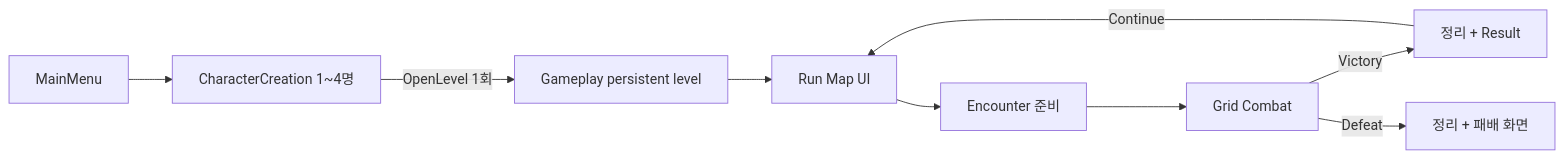
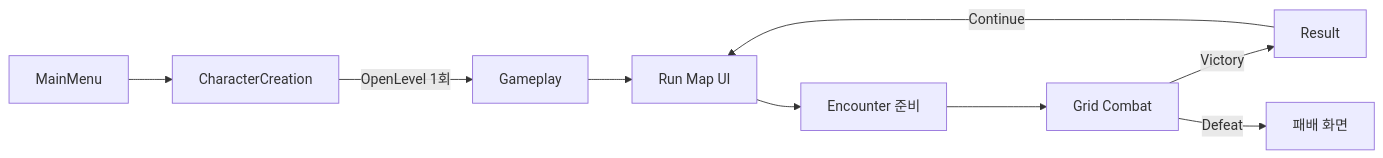
One commit to jaba001/ProjectA changed the diagram in Docs/PROJECT_PLAN.md. Above: the diagram before and after it, drawn with Mermaid. The commit also changed other lines of this file and 21 other files, not shown here.

````diff
--- a/Docs/PROJECT_PLAN.md
+++ b/Docs/PROJECT_PLAN.md
@@ -11,11 +27,11 @@
 ```mermaid
 flowchart LR
-    A[MainMenu] --> B[CharacterCreation 1~4명]
-    B -->|OpenLevel 1회| C[Gameplay persistent level]
+    A[MainMenu] --> B[CharacterCreation]
+    B -->|OpenLevel 1회| C[Gameplay]
     C --> D[Run Map UI]
     D --> E[Encounter 준비]
     E --> F[Grid Combat]
-    F -->|Victory| G[정리 + Result]
+    F -->|Victory| G[Result]
     G -->|Continue| D
-    F -->|Defeat| H[정리 + 패배 화면]
+    F -->|Defeat| H[패배 화면]
 ```
````
